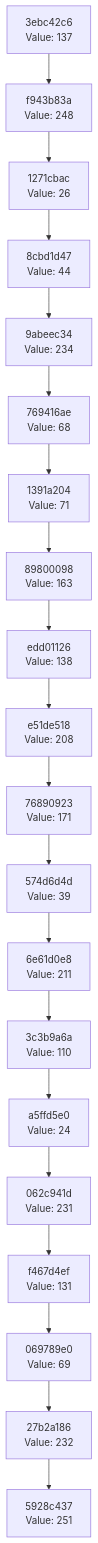
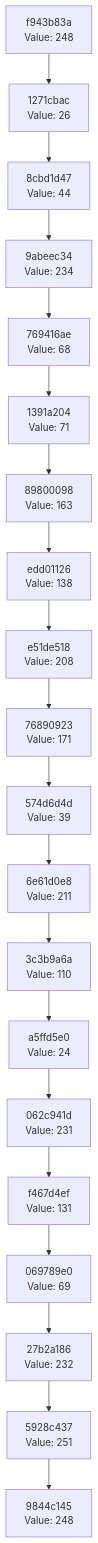
The diagram in docs/CHAIN_VISUALIZATION.md (Abhisheksinha1506/hash-chain-evolver), drawn with Mermaid before and after one commit. The commit also changed 3 other files, not shown here.

````diff
--- a/docs/CHAIN_VISUALIZATION.md
+++ b/docs/CHAIN_VISUALIZATION.md
@@ -3,42 +3,42 @@
 ```mermaid
 graph TD
-    C0["5928c437<br/>Value: 251"]
-    C1["27b2a186<br/>Value: 232"]
+    C0["9844c145<br/>Value: 248"]
+    C1["5928c437<br/>Value: 251"]
     C1 --> C0
-    C2["069789e0<br/>Value: 69"]
+    C2["27b2a186<br/>Value: 232"]
     C2 --> C1
-    C3["f467d4ef<br/>Value: 131"]
+    C3["069789e0<br/>Value: 69"]
     C3 --> C2
-    C4["062c941d<br/>Value: 231"]
+    C4["f467d4ef<br/>Value: 131"]
     C4 --> C3
-    C5["a5ffd5e0<br/>Value: 24"]
+    C5["062c941d<br/>Value: 231"]
     C5 --> C4
-    C6["3c3b9a6a<br/>Value: 110"]
+    C6["a5ffd5e0<br/>Value: 24"]
     C6 --> C5
-    C7["6e61d0e8<br/>Value: 211"]
+    C7["3c3b9a6a<br/>Value: 110"]
     C7 --> C6
-    C8["574d6d4d<br/>Value: 39"]
+    C8["6e61d0e8<br/>Value: 211"]
     C8 --> C7
-    C9["76890923<br/>Value: 171"]
+    C9["574d6d4d<br/>Value: 39"]
     C9 --> C8
-    C10["e51de518<br/>Value: 208"]
+    C10["76890923<br/>Value: 171"]
     C10 --> C9
-    C11["edd01126<br/>Value: 138"]
+    C11["e51de518<br/>Value: 208"]
     C11 --> C10
-    C12["89800098<br/>Value: 163"]
+    C12["edd01126<br/>Value: 138"]
     C12 --> C11
-    C13["1391a204<br/>Value: 71"]
+    C13["89800098<br/>Value: 163"]
     C13 --> C12
-    C14["769416ae<br/>Value: 68"]
+    C14["1391a204<br/>Value: 71"]
     C14 --> C13
-    C15["9abeec34<br/>Value: 234"]
+    C15["769416ae<br/>Value: 68"]
     C15 --> C14
-    C16["8cbd1d47<br/>Value: 44"]
+    C16["9abeec34<br/>Value: 234"]
     C16 --> C15
-    C17["1271cbac<br/>Value: 26"]
+    C17["8cbd1d47<br/>Value: 44"]
     C17 --> C16
-    C18["f943b83a<br/>Value: 248"]
+    C18["1271cbac<br/>Value: 26"]
     C18 --> C17
-    C19["3ebc42c6<br/>Value: 137"]
+    C19["f943b83a<br/>Value: 248"]
     C19 --> C18
 ```
````
